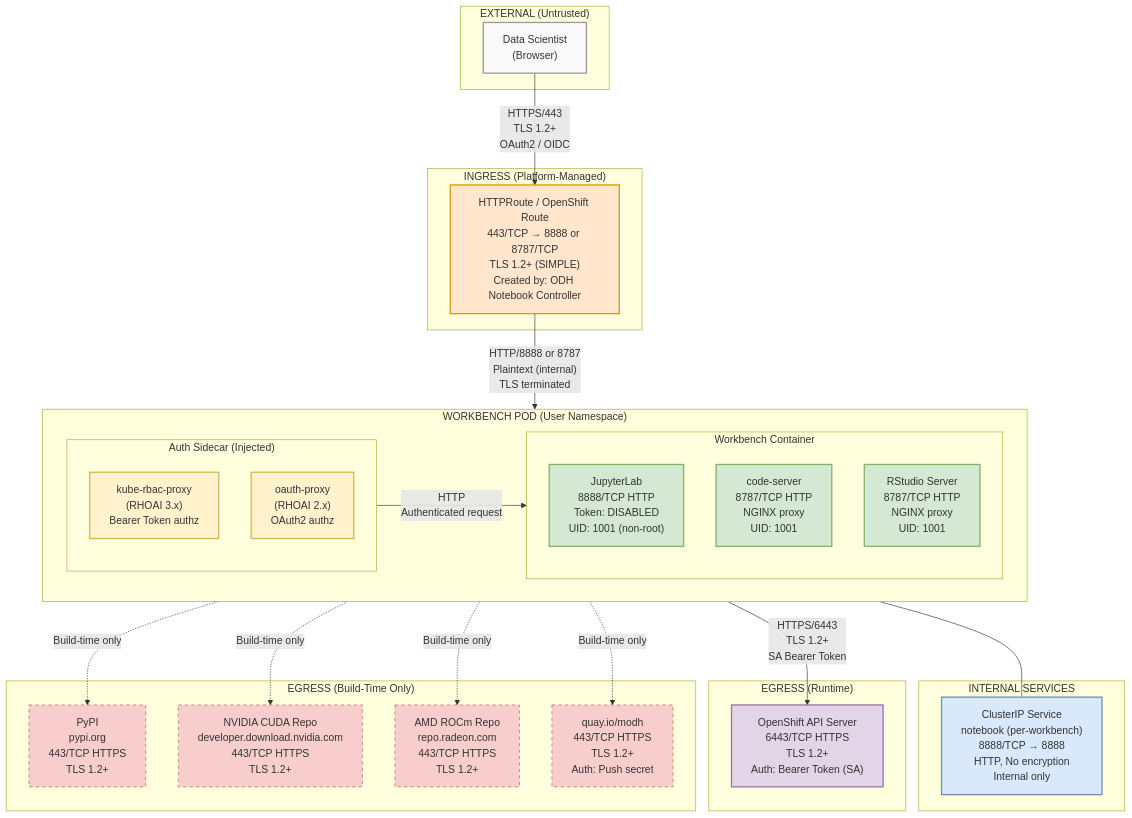
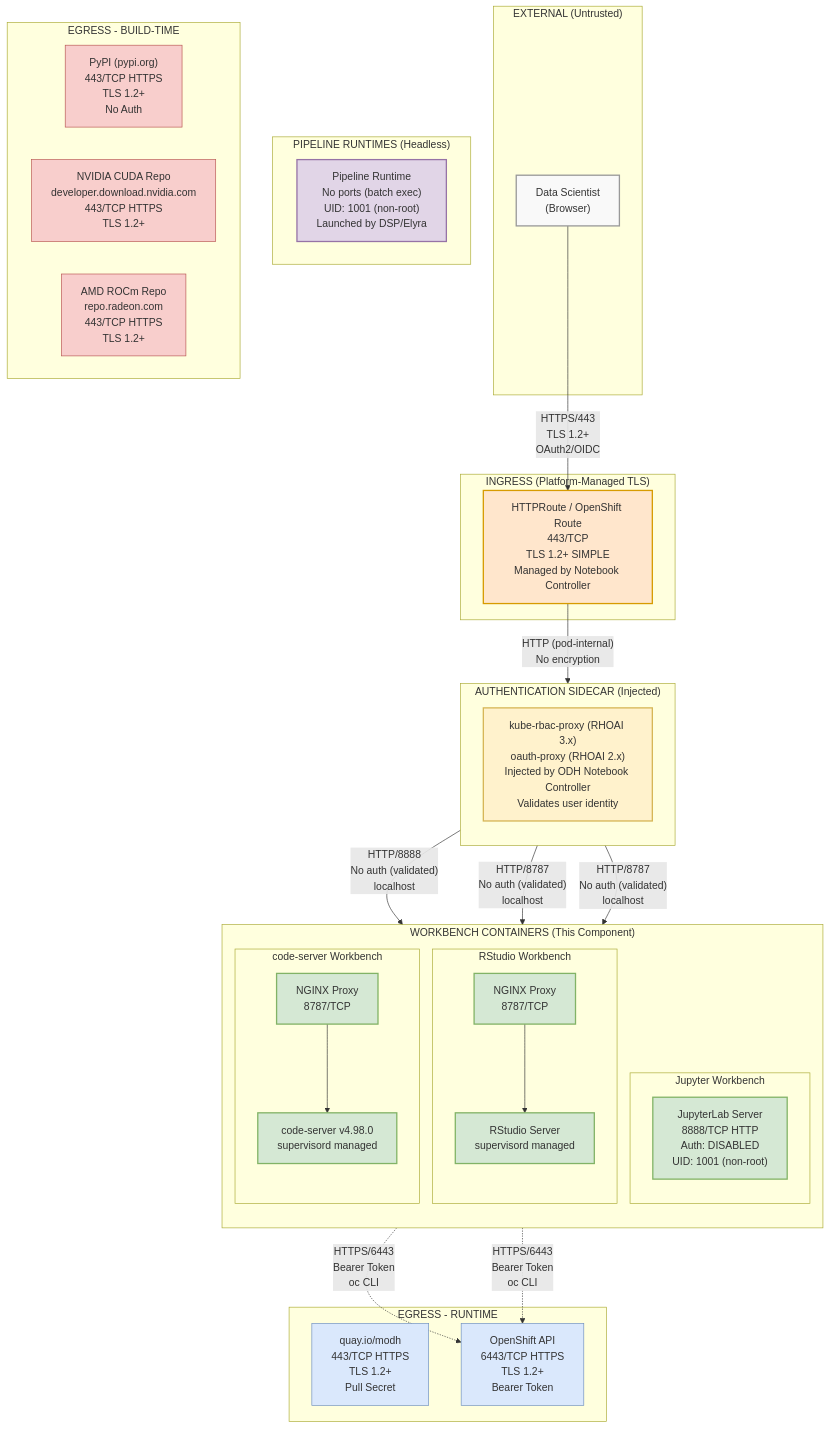
Before and after one commit to rhuss/architecture-context: the diagram in architecture/rhoai.next/diagrams/notebooks-downstream-security-network.mmd, drawn with Mermaid. The commit also changed 1112 other files, not shown here.

First line of the commit message:
update rhoai.next architecture: regenerated docs, diagrams, and arch-analyzer JSON

```diff
--- a/architecture/rhoai.next/diagrams/notebooks-downstream-security-network.mmd
+++ b/architecture/rhoai.next/diagrams/notebooks-downstream-security-network.mmd
@@ -1,68 +1,75 @@
 graph TB
     subgraph External["EXTERNAL (Untrusted)"]
         User["Data Scientist<br/>(Browser)"]
     end
 
-    subgraph Ingress["INGRESS (Platform-Managed)"]
-        Route["HTTPRoute / OpenShift Route<br/>443/TCP → 8888 or 8787/TCP<br/>TLS 1.2+ (SIMPLE)<br/>Created by: ODH Notebook Controller"]
+    subgraph Ingress["INGRESS (Platform-Managed TLS)"]
+        Route["HTTPRoute / OpenShift Route<br/>443/TCP<br/>TLS 1.2+ SIMPLE<br/>Managed by Notebook Controller"]
     end
 
-    subgraph WorkbenchPod["WORKBENCH POD (User Namespace)"]
-        direction LR
+    subgraph AuthLayer["AUTHENTICATION SIDECAR (Injected)"]
+        direction TB
+        AuthProxy["kube-rbac-proxy (RHOAI 3.x)<br/>oauth-proxy (RHOAI 2.x)<br/>Injected by ODH Notebook Controller<br/>Validates user identity"]
+    end
 
-        subgraph AuthSidecar["Auth Sidecar (Injected)"]
-            KRBP["kube-rbac-proxy<br/>(RHOAI 3.x)<br/>Bearer Token authz"]
-            OAuthProxy["oauth-proxy<br/>(RHOAI 2.x)<br/>OAuth2 authz"]
+    subgraph WorkbenchPods["WORKBENCH CONTAINERS (This Component)"]
+        direction TB
+
+        subgraph JupyterPod["Jupyter Workbench"]
+            Jupyter["JupyterLab Server<br/>8888/TCP HTTP<br/>Auth: DISABLED<br/>UID: 1001 (non-root)"]
         end
 
-        subgraph WorkbenchContainer["Workbench Container"]
-            Jupyter["JupyterLab<br/>8888/TCP HTTP<br/>Token: DISABLED<br/>UID: 1001 (non-root)"]
-            CodeSvr["code-server<br/>8787/TCP HTTP<br/>NGINX proxy<br/>UID: 1001"]
-            RStudio["RStudio Server<br/>8787/TCP HTTP<br/>NGINX proxy<br/>UID: 1001"]
+        subgraph RStudioPod["RStudio Workbench"]
+            NGINX_R["NGINX Proxy<br/>8787/TCP"]
+            RStudio["RStudio Server<br/>supervisord managed"]
+            NGINX_R --> RStudio
+        end
+
+        subgraph CodeServerPod["code-server Workbench"]
+            NGINX_C["NGINX Proxy<br/>8787/TCP"]
+            CS["code-server v4.98.0<br/>supervisord managed"]
+            NGINX_C --> CS
         end
     end
 
-    subgraph InternalServices["INTERNAL SERVICES"]
-        K8sService["ClusterIP Service<br/>notebook (per-workbench)<br/>8888/TCP → 8888<br/>HTTP, No encryption<br/>Internal only"]
+    subgraph RuntimePods["PIPELINE RUNTIMES (Headless)"]
+        Runtime["Pipeline Runtime<br/>No ports (batch exec)<br/>UID: 1001 (non-root)<br/>Launched by DSP/Elyra"]
     end
 
-    subgraph EgressRuntime["EGRESS (Runtime)"]
-        K8sAPI["OpenShift API Server<br/>6443/TCP HTTPS<br/>TLS 1.2+<br/>Auth: Bearer Token (SA)"]
+    subgraph EgressBuild["EGRESS - BUILD-TIME"]
+        PyPI["PyPI (pypi.org)<br/>443/TCP HTTPS<br/>TLS 1.2+<br/>No Auth"]
+        NVIDIARepo["NVIDIA CUDA Repo<br/>developer.download.nvidia.com<br/>443/TCP HTTPS<br/>TLS 1.2+"]
+        AMDRepo["AMD ROCm Repo<br/>repo.radeon.com<br/>443/TCP HTTPS<br/>TLS 1.2+"]
     end
 
-    subgraph EgressBuild["EGRESS (Build-Time Only)"]
-        PyPI["PyPI<br/>pypi.org<br/>443/TCP HTTPS<br/>TLS 1.2+"]
-        NVIDIARepo["NVIDIA CUDA Repo<br/>developer.download.nvidia.com<br/>443/TCP HTTPS<br/>TLS 1.2+"]
-        ROCmRepo["AMD ROCm Repo<br/>repo.radeon.com<br/>443/TCP HTTPS<br/>TLS 1.2+"]
-        QuayRegistry["quay.io/modh<br/>443/TCP HTTPS<br/>TLS 1.2+<br/>Auth: Push secret"]
+    subgraph EgressRuntime["EGRESS - RUNTIME"]
+        Quay["quay.io/modh<br/>443/TCP HTTPS<br/>TLS 1.2+<br/>Pull Secret"]
+        OSAPI["OpenShift API<br/>6443/TCP HTTPS<br/>TLS 1.2+<br/>Bearer Token"]
     end
 
     %% Flows
-    User -->|"HTTPS/443<br/>TLS 1.2+<br/>OAuth2 / OIDC"| Route
-    Route -->|"HTTP/8888 or 8787<br/>Plaintext (internal)<br/>TLS terminated"| AuthSidecar
-    AuthSidecar -->|"HTTP<br/>Authenticated request"| WorkbenchContainer
-    WorkbenchContainer --- K8sService
-    WorkbenchContainer -->|"HTTPS/6443<br/>TLS 1.2+<br/>SA Bearer Token"| K8sAPI
+    User -->|"HTTPS/443<br/>TLS 1.2+<br/>OAuth2/OIDC"| Route
+    Route -->|"HTTP (pod-internal)<br/>No encryption"| AuthProxy
+    AuthProxy -->|"HTTP/8888<br/>No auth (validated)<br/>localhost"| Jupyter
+    AuthProxy -->|"HTTP/8787<br/>No auth (validated)<br/>localhost"| NGINX_R
+    AuthProxy -->|"HTTP/8787<br/>No auth (validated)<br/>localhost"| NGINX_C
 
-    %% Build-time flows (dashed)
-    WorkbenchContainer -.->|"Build-time only"| PyPI
-    WorkbenchContainer -.->|"Build-time only"| NVIDIARepo
-    WorkbenchContainer -.->|"Build-time only"| ROCmRepo
-    WorkbenchContainer -.->|"Build-time only"| QuayRegistry
+    Jupyter -.->|"HTTPS/6443<br/>Bearer Token<br/>oc CLI"| OSAPI
+    RStudio -.->|"HTTPS/6443<br/>Bearer Token<br/>oc CLI"| OSAPI
 
     %% Styling
     classDef external fill:#f9f9f9,stroke:#999,stroke-width:2px
     classDef ingress fill:#ffe6cc,stroke:#d79b00,stroke-width:2px
+    classDef auth fill:#fff2cc,stroke:#d6b656,stroke-width:2px
     classDef workbench fill:#d5e8d4,stroke:#82b366,stroke-width:2px
-    classDef authsidecar fill:#fff2cc,stroke:#d6b656,stroke-width:2px
-    classDef internal fill:#dae8fc,stroke:#6c8ebf,stroke-width:2px
-    classDef egress fill:#e1d5e7,stroke:#9673a6,stroke-width:2px
-    classDef egressbuild fill:#f8cecc,stroke:#b85450,stroke-width:1px,stroke-dasharray: 5 5
+    classDef runtime fill:#e1d5e7,stroke:#9673a6,stroke-width:2px
+    classDef egressbuild fill:#f8cecc,stroke:#b85450,stroke-width:1px
+    classDef egressrun fill:#dae8fc,stroke:#6c8ebf,stroke-width:1px
 
     class User external
     class Route ingress
-    class KRBP,OAuthProxy authsidecar
-    class Jupyter,CodeSvr,RStudio workbench
-    class K8sService internal
-    class K8sAPI egress
-    class PyPI,NVIDIARepo,ROCmRepo,QuayRegistry egressbuild
+    class AuthProxy auth
+    class Jupyter,NGINX_R,RStudio,NGINX_C,CS workbench
+    class Runtime runtime
+    class PyPI,NVIDIARepo,AMDRepo egressbuild
+    class Quay,OSAPI egressrun
```
